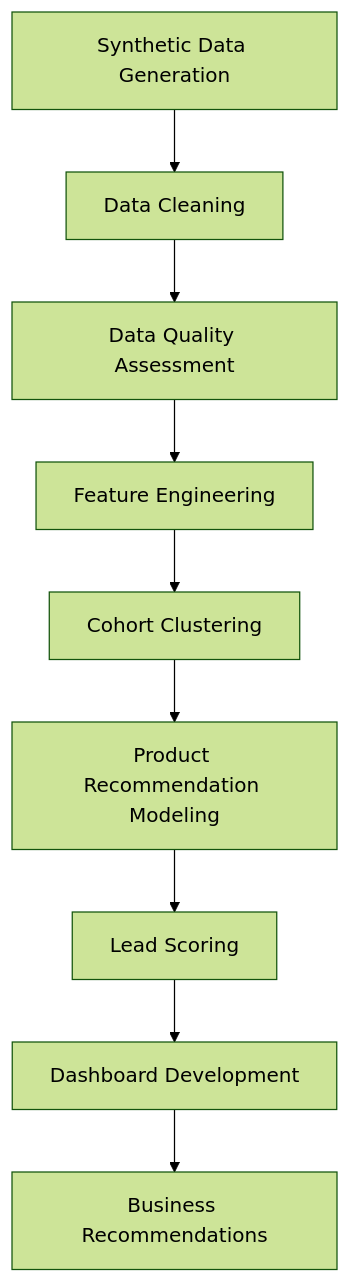
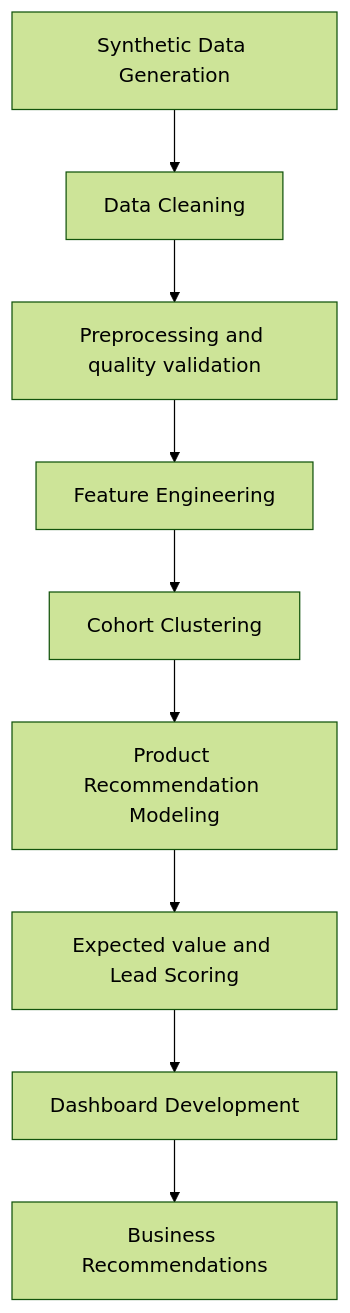
One commit to AnastasiaSamoylova92/lead-generation changed the diagram in README.md. Above: the diagram before and after it, drawn with Mermaid (forest theme). The commit also changed other lines of this file and 4 other files, not shown here.

````diff
--- a/README.md
+++ b/README.md
@@ -81,11 +103,11 @@
 ```mermaid
 flowchart TD
     A["Synthetic Data Generation"] --> B["Data Cleaning"]
-    B --> C["Data Quality Assessment"]
+    B --> C["Preprocessing and quality validation"]
     C --> D["Feature Engineering"]
     D --> E["Cohort Clustering"]
     E --> F["Product Recommendation Modeling"]
-    F --> G["Lead Scoring"]
+    F --> G["Expected value and Lead Scoring"]
     G --> H["Dashboard Development"]
     H --> I["Business Recommendations"]
 ```
````
